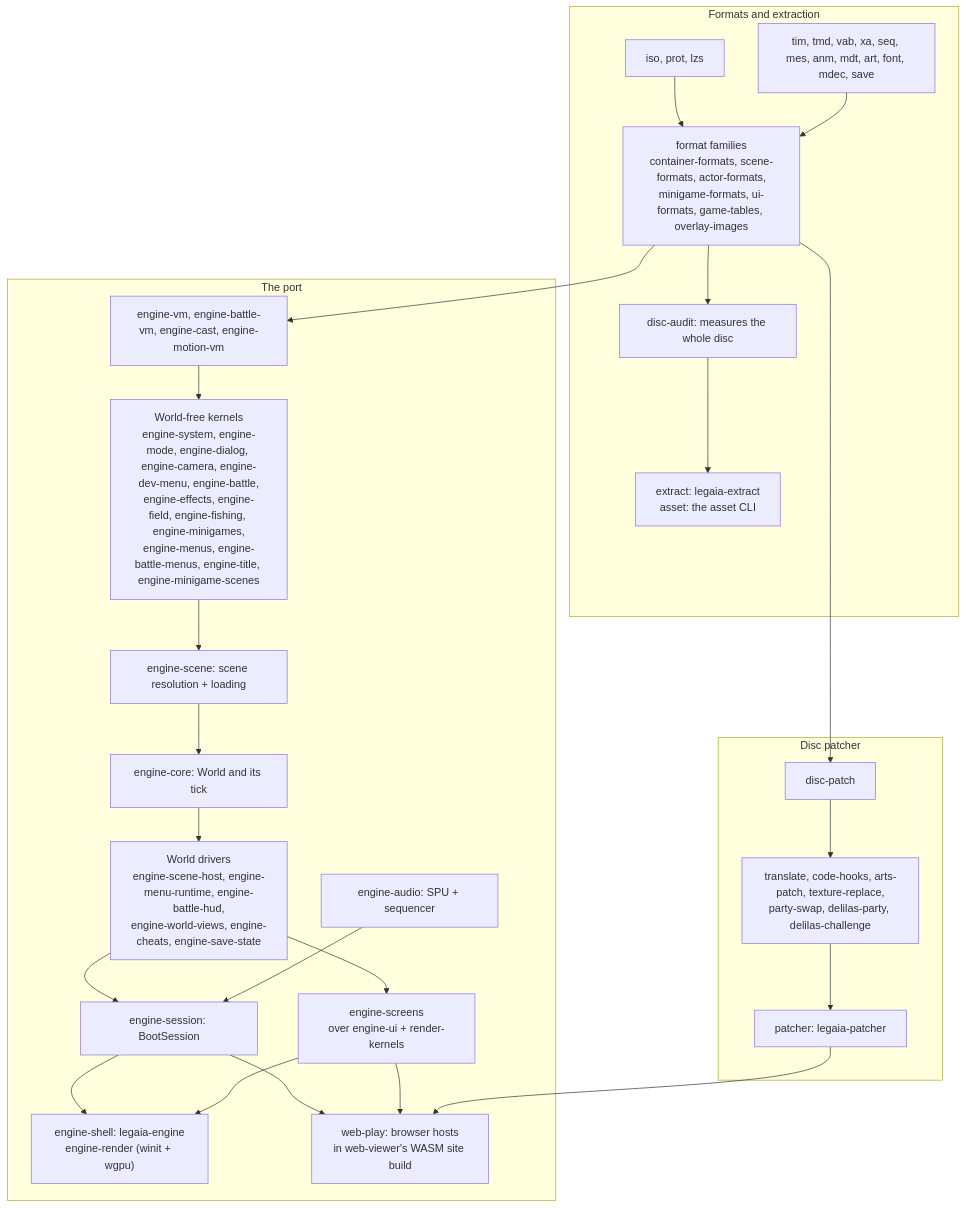
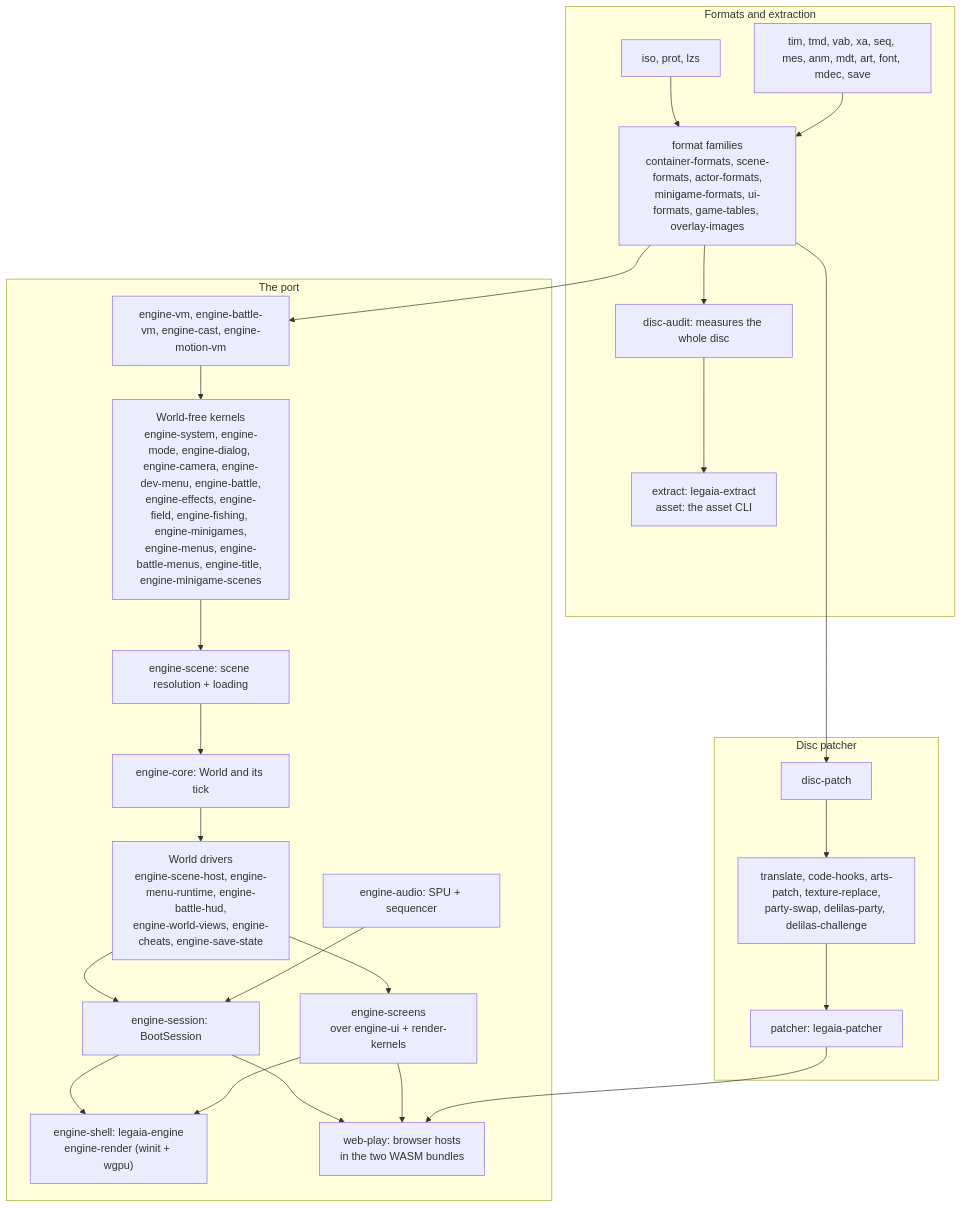
One commit to AndrewAltimit/legend-of-legaia-re changed the second of 2 diagrams in docs/overview.md. Above: the diagram before and after it, drawn with Mermaid. The commit also changed other lines of this file and 461 other files, not shown here.

````diff
--- a/docs/overview.md
+++ b/docs/overview.md
@@ -82,44 +82,44 @@
 ```mermaid
 flowchart TD
     subgraph formats["Formats and extraction"]
         container["iso, prot, lzs"]
         hub["format families<br/>container-formats, scene-formats, actor-formats,<br/>minigame-formats, ui-formats, game-tables, overlay-images"]
         perfmt["tim, tmd, vab, xa, seq, mes, anm, mdt, art, font, mdec, save"]
         audit["disc-audit: measures the whole disc"]
         extract["extract: legaia-extract<br/>asset: the asset CLI"]
         container --> hub --> audit --> extract
         perfmt --> hub
     end
     subgraph port["The port"]
         vm["engine-vm, engine-battle-vm, engine-cast, engine-motion-vm"]
         kernels["World-free kernels<br/>engine-system, engine-mode, engine-dialog, engine-camera, engine-dev-menu, engine-battle,<br/>engine-effects, engine-field, engine-fishing, engine-minigames,<br/>engine-menus, engine-battle-menus, engine-title, engine-minigame-scenes"]
         scene["engine-scene: scene resolution + loading"]
         core["engine-core: World and its tick"]
         drivers["World drivers<br/>engine-scene-host, engine-menu-runtime, engine-battle-hud,<br/>engine-world-views, engine-cheats, engine-save-state"]
         audio["engine-audio: SPU + sequencer"]
         session["engine-session: BootSession"]
         present["engine-screens<br/>over engine-ui + render-kernels"]
         native["engine-shell: legaia-engine<br/>engine-render (winit + wgpu)"]
-        web["web-play: browser hosts<br/>in web-viewer's WASM site build"]
+        web["web-play: browser hosts<br/>in the two WASM bundles"]
         vm --> kernels
         kernels --> scene
         scene --> core
         core --> drivers
         drivers --> session
         audio --> session
         drivers --> present
         session --> native
         session --> web
         present --> native
         present --> web
     end
     subgraph mod["Disc patcher"]
         dp["disc-patch"]
         layers["translate, code-hooks, arts-patch, texture-replace,<br/>party-swap, delilas-party, delilas-challenge"]
         patcher["patcher: legaia-patcher"]
         dp --> layers --> patcher
     end
     hub --> vm
     hub --> dp
     patcher --> web
 ```
````
